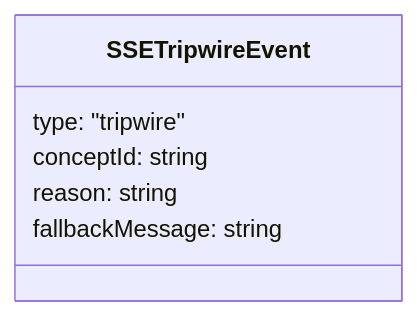
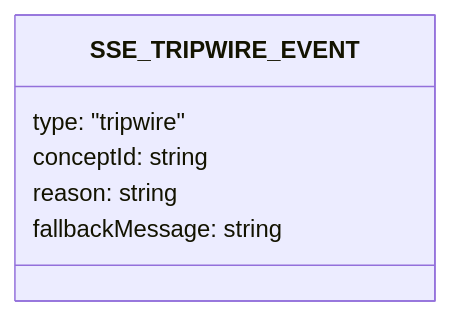
Diagram 20 of 22 in plan/11-transport.md (1qh/safeagent), drawn with Mermaid before and after one commit. The commit also changed other lines of this file and 7 other files, not shown here.

Commit message:
plan: fix Mermaid node IDs to UPPER_SNAKE across all files

````diff
--- a/plan/11-transport.md
+++ b/plan/11-transport.md
@@ -576,9 +576,9 @@
 ```mermaid
 classDiagram
-    class SSETripwireEvent {
+    class SSE_TRIPWIRE_EVENT {
         type: "tripwire"
         conceptId: string
         reason: string
         fallbackMessage: string
     }
 ```
````
